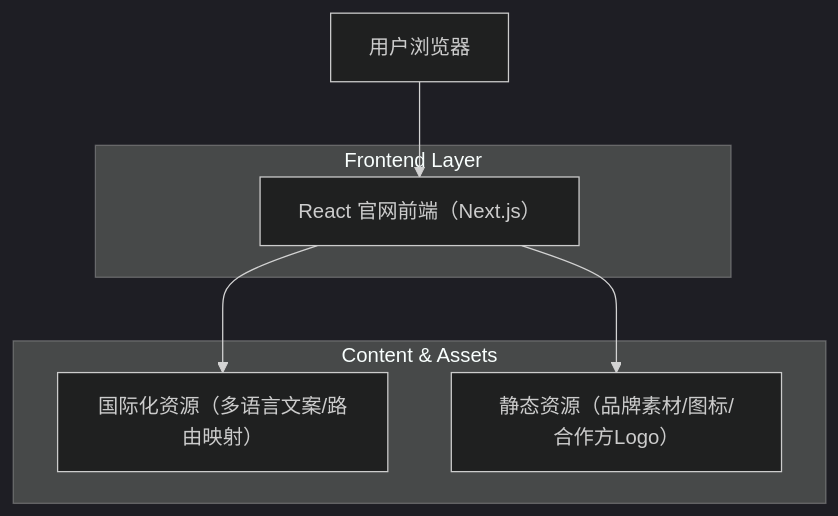
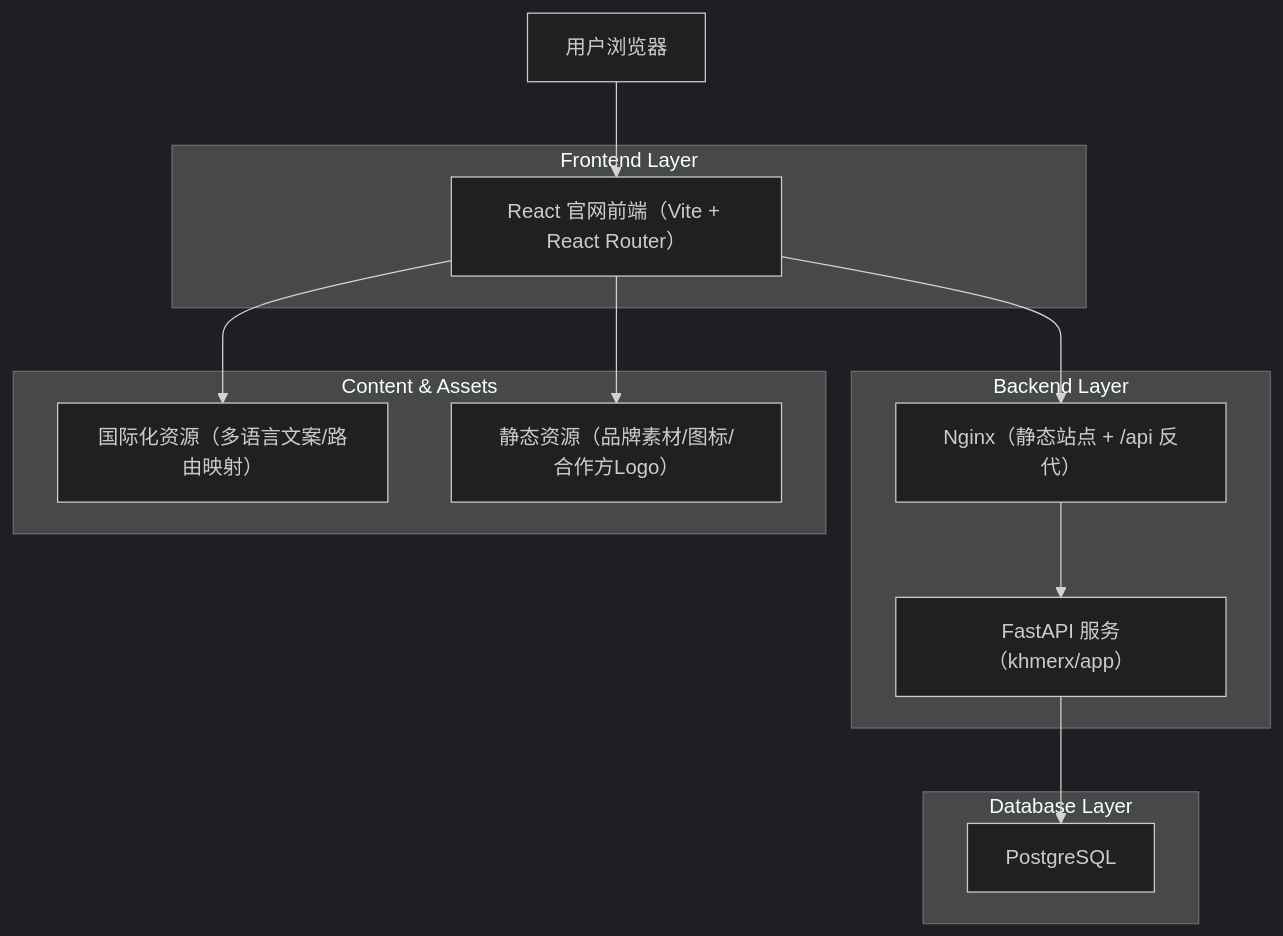
The first of 3 diagrams in .trae/documents/khmerx_org_官网形象完善_技术方案.md (suchenyang0910-glitch/khmerx), drawn with Mermaid (dark theme) before and after one commit. The commit also changed other lines of this file and 32 other files, not shown here.

Commit message:
feat(website): add API docs + apply form; add FastAPI integration requests; add docker deploy

````diff
--- a/.trae/documents/khmerx_org_官网形象完善_技术方案.md
+++ b/.trae/documents/khmerx_org_官网形象完善_技术方案.md
@@ -2,15 +2,27 @@
 ```mermaid
 graph TD
-  A["用户浏览器"] --> B["React 官网前端（Next.js）"]
-  B --> C["国际化资源（多语言文案/路由映射）"]
-  B --> D["静态资源（品牌素材/图标/合作方Logo）"]
+  A["用户浏览器"] --> B["React 官网前端（Vite + React Router）"]
+  B --> C["Nginx（静态站点 + /api 反代）"]
+  C --> D["FastAPI 服务（khmerx/app）"]
+  D --> E["PostgreSQL"]
+  B --> F["国际化资源（多语言文案/路由映射）"]
+  B --> G["静态资源（品牌素材/图标/合作方Logo）"]
 
   subgraph "Frontend Layer"
     B
   end
 
-  subgraph "Content & Assets"
+  subgraph "Backend Layer"
     C
     D
   end
+
+  subgraph "Database Layer"
+    E
+  end
+
+  subgraph "Content & Assets"
+    F
+    G
+  end
 ```
````
